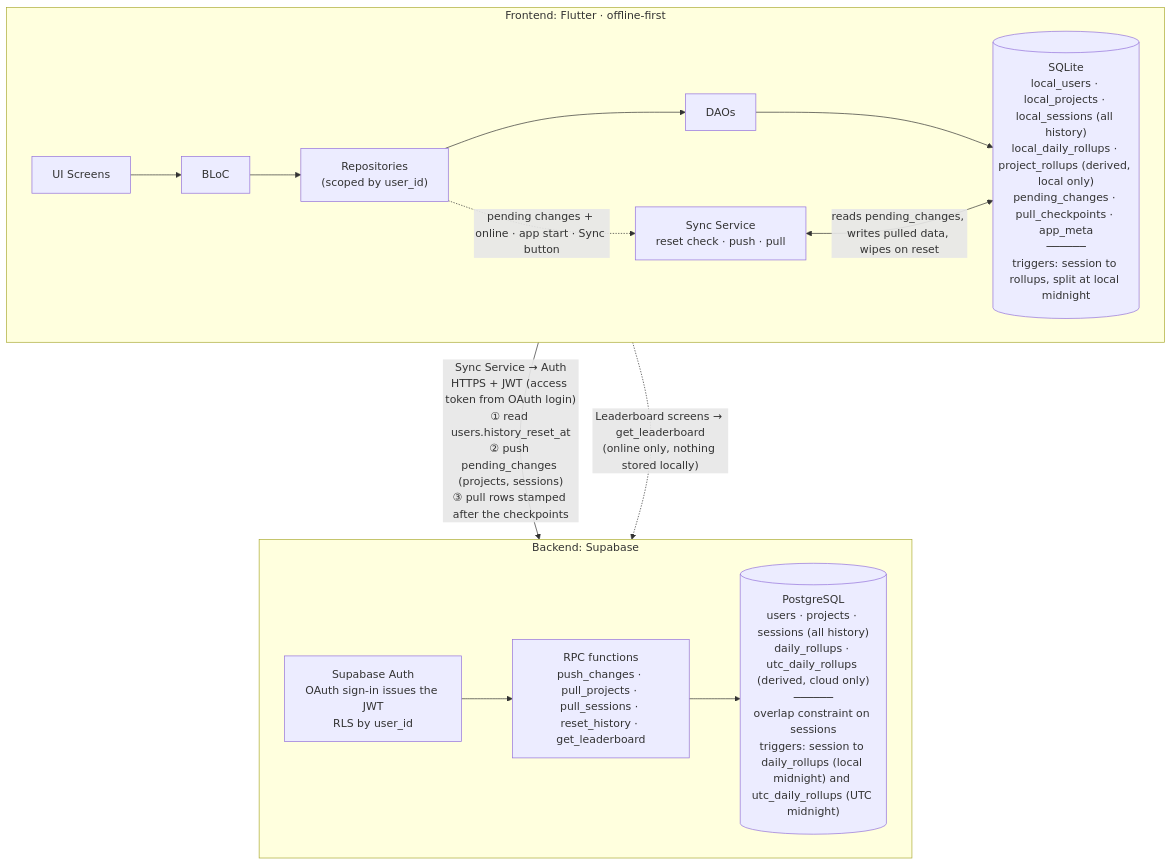
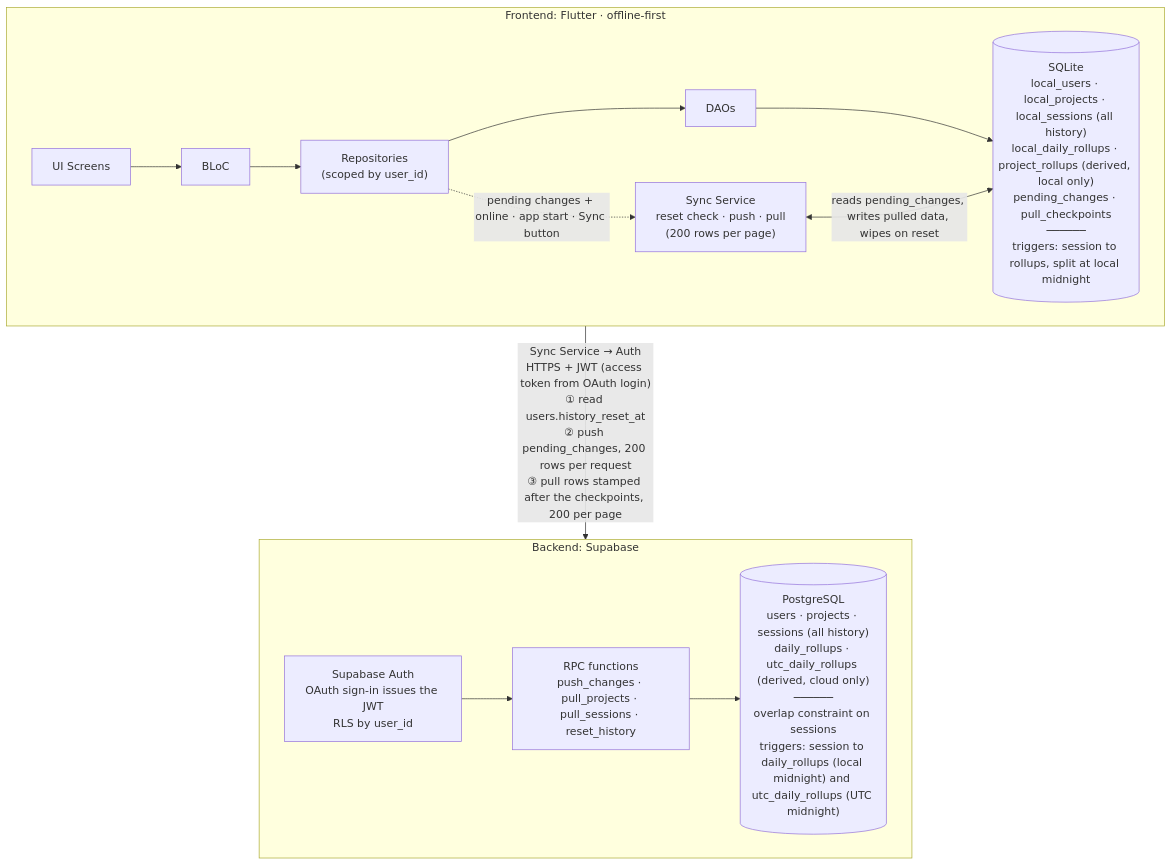
The first of 3 diagrams in README.md (sardaar-niamotullah/tarkeez), drawn with Mermaid before and after one commit. The commit also changed other lines of this file, not shown here.

````diff
--- a/README.md
+++ b/README.md
@@ -266,17 +294,16 @@
 ```mermaid
 flowchart TB
   subgraph APP["Frontend: Flutter · offline-first"]
     direction LR
-    UI["UI Screens"] --> BLOC["BLoC"] --> REPO["Repositories<br/>(scoped by user_id)"] --> DAO["DAOs"] --> LDB[("SQLite<br/>local_users · local_projects · local_sessions (all history)<br/>local_daily_rollups · project_rollups (derived, local only)<br/>pending_changes · pull_checkpoints · app_meta<br/>──────<br/>triggers: session to rollups, split at local midnight")]
-    REPO -.->|"pending changes + online · app start · Sync button"| SYNC["Sync Service<br/>reset check · push · pull"]
+    UI["UI Screens"] --> BLOC["BLoC"] --> REPO["Repositories<br/>(scoped by user_id)"] --> DAO["DAOs"] --> LDB[("SQLite<br/>local_users · local_projects · local_sessions (all history)<br/>local_daily_rollups · project_rollups (derived, local only)<br/>pending_changes · pull_checkpoints<br/>──────<br/>triggers: session to rollups, split at local midnight")]
+    REPO -.->|"pending changes + online · app start · Sync button"| SYNC["Sync Service<br/>reset check · push · pull<br/>(200 rows per page)"]
     SYNC <-->|"reads pending_changes, writes pulled data, wipes on reset"| LDB
   end
 
   subgraph CLOUD["Backend: Supabase"]
     direction LR
-    AUTH["Supabase Auth<br/>OAuth sign-in issues the JWT<br/>RLS by user_id"] --> RPC["RPC functions<br/>push_changes · pull_projects · pull_sessions · reset_history · get_leaderboard"] --> CDB[("PostgreSQL<br/>users · projects · sessions (all history)<br/>daily_rollups · utc_daily_rollups (derived, cloud only)<br/>──────<br/>overlap constraint on sessions<br/>triggers: session to daily_rollups (local midnight) and utc_daily_rollups (UTC midnight)")]
+    AUTH["Supabase Auth<br/>OAuth sign-in issues the JWT<br/>RLS by user_id"] --> RPC["RPC functions<br/>push_changes · pull_projects · pull_sessions · reset_history"] --> CDB[("PostgreSQL<br/>users · projects · sessions (all history)<br/>daily_rollups · utc_daily_rollups (derived, cloud only)<br/>──────<br/>overlap constraint on sessions<br/>triggers: session to daily_rollups (local midnight) and utc_daily_rollups (UTC midnight)")]
   end
 
-  APP -->|"Sync Service → Auth<br/>HTTPS + JWT (access token from OAuth login)<br/>① read users.history_reset_at<br/>② push pending_changes (projects, sessions)<br/>③ pull rows stamped after the checkpoints"| CLOUD
-  APP -.->|"Leaderboard screens → get_leaderboard<br/>(online only, nothing stored locally)"| CLOUD
+  APP -->|"Sync Service → Auth<br/>HTTPS + JWT (access token from OAuth login)<br/>① read users.history_reset_at<br/>② push pending_changes, 200 rows per request<br/>③ pull rows stamped after the checkpoints, 200 per page"| CLOUD
 ```
````
